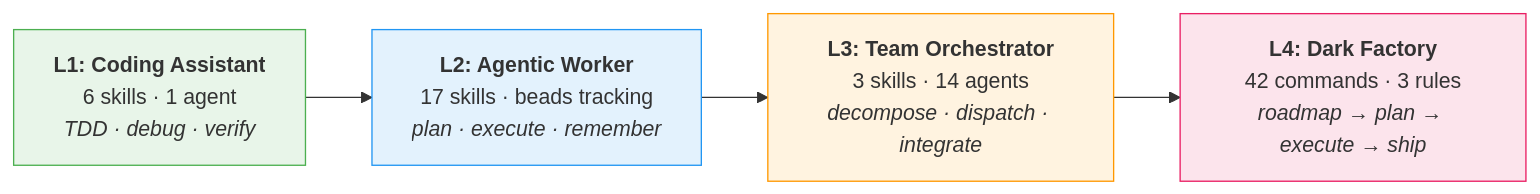
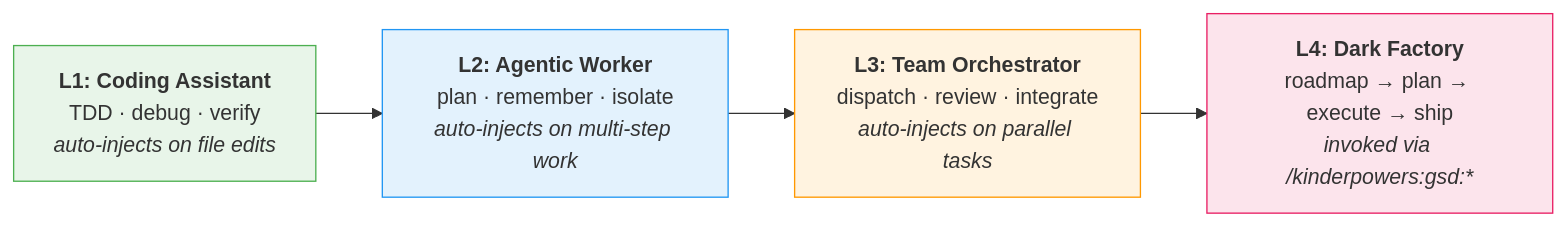
One commit to jw409/kinderpowers changed the diagram in README.md. Above: the diagram before and after it, drawn with Mermaid. The commit also changed other lines of this file and 24 other files, not shown here.

````diff
--- a/README.md
+++ b/README.md
@@ -18,12 +63,12 @@
 ```mermaid
 graph LR
-    L1["<b>L1: Coding Assistant</b><br/>6 skills · 1 agent<br/><i>TDD · debug · verify</i>"]
-    L2["<b>L2: Agentic Worker</b><br/>17 skills · beads tracking<br/><i>plan · execute · remember</i>"]
-    L3["<b>L3: Team Orchestrator</b><br/>3 skills · 14 agents<br/><i>decompose · dispatch · integrate</i>"]
-    L4["<b>L4: Dark Factory</b><br/>42 commands · 3 rules<br/><i>roadmap → plan → execute → ship</i>"]
+    L1["<b>L1: Coding Assistant</b><br/>TDD · debug · verify<br/><i>auto-injects on file edits</i>"]
+    L2["<b>L2: Agentic Worker</b><br/>plan · remember · isolate<br/><i>auto-injects on multi-step work</i>"]
+    L3["<b>L3: Team Orchestrator</b><br/>dispatch · review · integrate<br/><i>auto-injects on parallel tasks</i>"]
+    L4["<b>L4: Dark Factory</b><br/>roadmap → plan → execute → ship<br/><i>invoked via /kinderpowers:gsd:*</i>"]
     L1 --> L2 --> L3 --> L4
     style L1 fill:#e8f5e9,stroke:#4caf50
     style L2 fill:#e3f2fd,stroke:#2196f3
     style L3 fill:#fff3e0,stroke:#ff9800
     style L4 fill:#fce4ec,stroke:#e91e63
 ```
````
